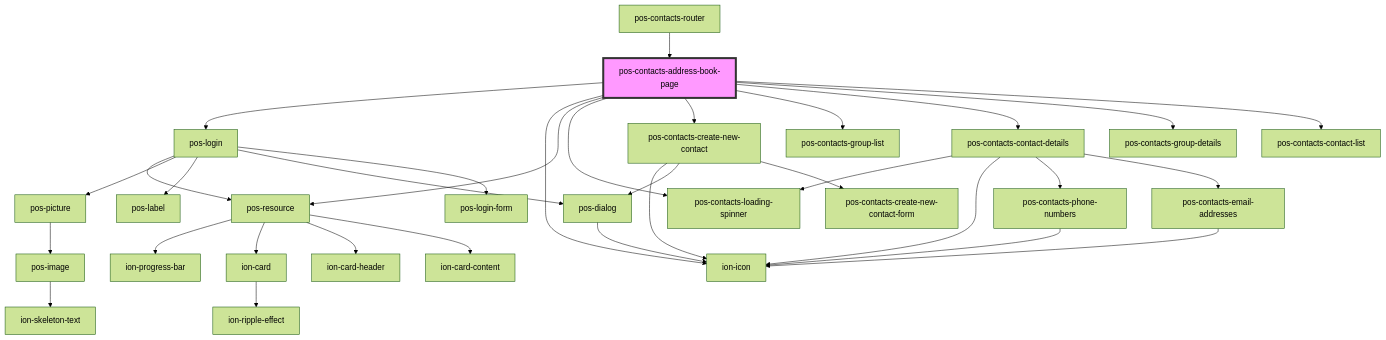
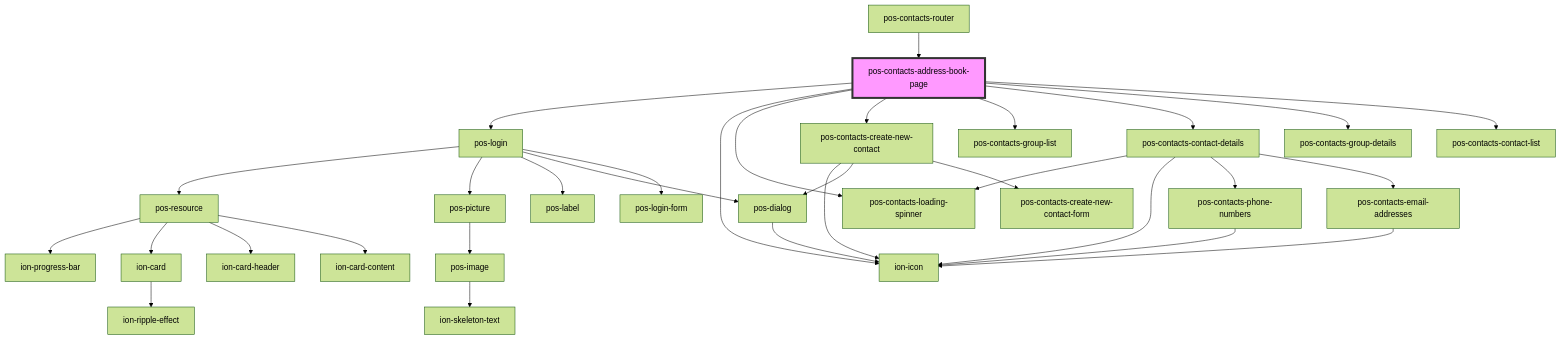
Before and after one commit to pod-os/PodOS: the diagram in contacts/src/components/address-book-page/readme.md, drawn with Mermaid (forest theme). The commit also changed other lines of this file and 4 other files, not shown here.

````diff
--- a/contacts/src/components/address-book-page/readme.md
+++ b/contacts/src/components/address-book-page/readme.md
@@ -35,36 +34,35 @@
 ```mermaid
 graph TD;
   pos-contacts-address-book-page --> pos-login
   pos-contacts-address-book-page --> ion-icon
-  pos-contacts-address-book-page --> pos-resource
   pos-contacts-address-book-page --> pos-contacts-loading-spinner
   pos-contacts-address-book-page --> pos-contacts-create-new-contact
   pos-contacts-address-book-page --> pos-contacts-group-list
   pos-contacts-address-book-page --> pos-contacts-contact-details
   pos-contacts-address-book-page --> pos-contacts-group-details
   pos-contacts-address-book-page --> pos-contacts-contact-list
   pos-login --> pos-resource
   pos-login --> pos-picture
   pos-login --> pos-label
   pos-login --> pos-dialog
   pos-login --> pos-login-form
   pos-resource --> ion-progress-bar
   pos-resource --> ion-card
   pos-resource --> ion-card-header
   pos-resource --> ion-card-content
   ion-card --> ion-ripple-effect
   pos-picture --> pos-image
   pos-image --> ion-skeleton-text
   pos-dialog --> ion-icon
   pos-contacts-create-new-contact --> ion-icon
   pos-contacts-create-new-contact --> pos-dialog
   pos-contacts-create-new-contact --> pos-contacts-create-new-contact-form
   pos-contacts-contact-details --> pos-contacts-loading-spinner
   pos-contacts-contact-details --> ion-icon
   pos-contacts-contact-details --> pos-contacts-phone-numbers
   pos-contacts-contact-details --> pos-contacts-email-addresses
   pos-contacts-phone-numbers --> ion-icon
   pos-contacts-email-addresses --> ion-icon
   pos-contacts-router --> pos-contacts-address-book-page
   style pos-contacts-address-book-page fill:#f9f,stroke:#333,stroke-width:4px
 ```
````
